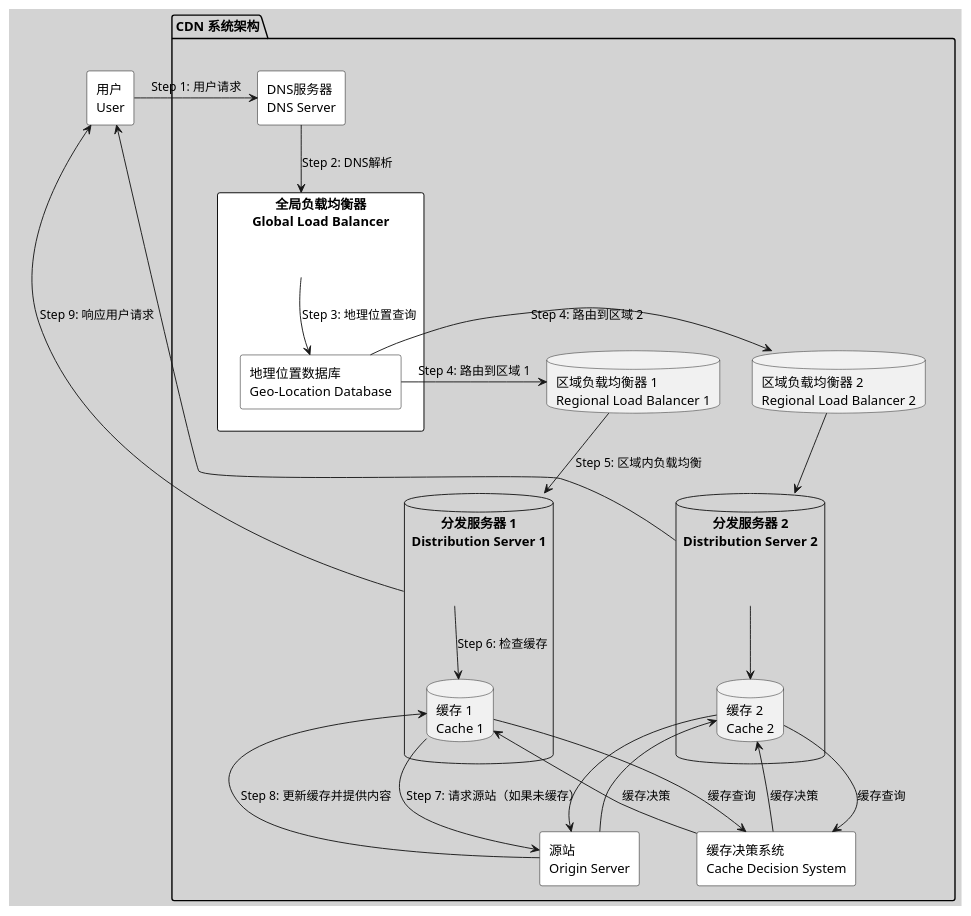
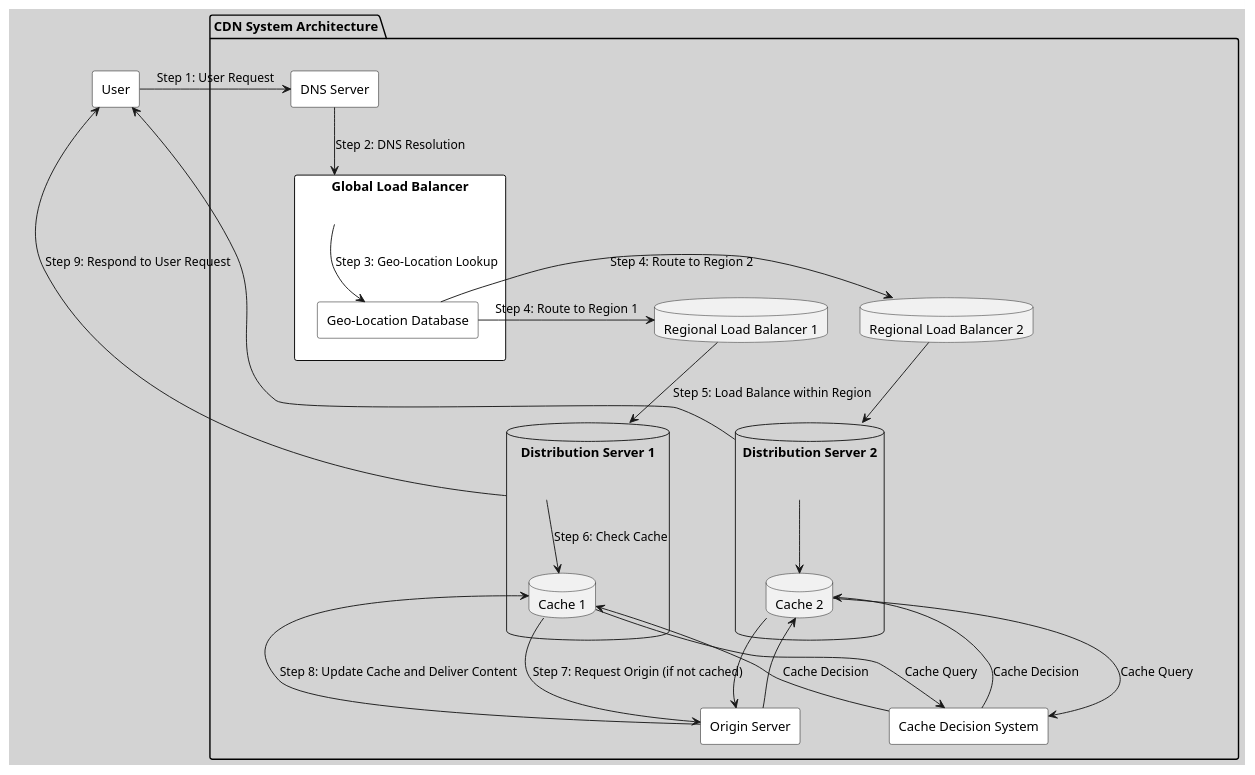
Before and after one commit to huangyingw/system_design: the diagram in architecture_diagrams/cdn_architecture_diagram.puml, drawn with PlantUML.

```diff
--- a/architecture_diagrams/cdn_architecture_diagram.puml
+++ b/architecture_diagrams/cdn_architecture_diagram.puml
@@ -1,53 +1,53 @@
 @startuml
 skinparam backgroundColor #D3D3D3
 skinparam rectangle {
   BackgroundColor White
   BorderColor Black
   Shadowing false
 }
 
-package "CDN 系统架构" {
-    RECTANGLE "源站\nOrigin Server" as Origin
+package "CDN System Architecture" {
+    RECTANGLE "Origin Server" as Origin
     
-    RECTANGLE "全局负载均衡器\nGlobal Load Balancer" as GLB {
-        RECTANGLE "地理位置数据库\nGeo-Location Database" as GeoDB
+    RECTANGLE "Global Load Balancer" as GLB {
+        RECTANGLE "Geo-Location Database" as GeoDB
     }
     
-    DATABASE "区域负载均衡器 1\nRegional Load Balancer 1" as RLB1
-    DATABASE "区域负载均衡器 2\nRegional Load Balancer 2" as RLB2
+    DATABASE "Regional Load Balancer 1" as RLB1
+    DATABASE "Regional Load Balancer 2" as RLB2
     
-    DATABASE "分发服务器 1\nDistribution Server 1" as DS1 {
-        DATABASE "缓存 1\nCache 1" as Cache1
+    DATABASE "Distribution Server 1" as DS1 {
+        DATABASE "Cache 1" as Cache1
     }
     
-    DATABASE "分发服务器 2\nDistribution Server 2" as DS2 {
-        DATABASE "缓存 2\nCache 2" as Cache2
+    DATABASE "Distribution Server 2" as DS2 {
+        DATABASE "Cache 2" as Cache2
     }
 
-    RECTANGLE "缓存决策系统\nCache Decision System" as CDS
-    RECTANGLE "DNS服务器\nDNS Server" as DNSServer
+    RECTANGLE "Cache Decision System" as CDS
+    RECTANGLE "DNS Server" as DNSServer
 
-    DNSServer -down-> GLB : "Step 2: DNS解析"
-    GLB -down-> GeoDB : "Step 3: 地理位置查询"
-    GeoDB -left-> RLB1 : "Step 4: 路由到区域 1"
-    GeoDB -right-> RLB2 : "Step 4: 路由到区域 2"
-    RLB1 -down-> DS1 : "Step 5: 区域内负载均衡"
+    DNSServer -down-> GLB : "Step 2: DNS Resolution"
+    GLB -down-> GeoDB : "Step 3: Geo-Location Lookup"
+    GeoDB -left-> RLB1 : "Step 4: Route to Region 1"
+    GeoDB -right-> RLB2 : "Step 4: Route to Region 2"
+    RLB1 -down-> DS1 : "Step 5: Load Balance within Region"
     RLB2 -down-> DS2
-    DS1 -down-> Cache1 : "Step 6: 检查缓存"
+    DS1 -down-> Cache1 : "Step 6: Check Cache"
     DS2 -down-> Cache2
-    Cache1 -left-> CDS : "缓存查询"
-    Cache2 -right-> CDS : "缓存查询"
-    CDS -up-> Cache1 : "缓存决策"
-    CDS -up-> Cache2 : "缓存决策"
-    Cache1 -down-> Origin : "Step 7: 请求源站（如果未缓存）"
+    Cache1 -left-> CDS : "Cache Query"
+    Cache2 -right-> CDS : "Cache Query"
+    CDS -up-> Cache1 : "Cache Decision"
+    CDS -up-> Cache2 : "Cache Decision"
+    Cache1 -down-> Origin : "Step 7: Request Origin (if not cached)"
     Cache2 -down-> Origin
-    Origin -up-> Cache1 : "Step 8: 更新缓存并提供内容"
+    Origin -up-> Cache1 : "Step 8: Update Cache and Deliver Content"
     Origin -up-> Cache2
 }
 
-RECTANGLE "用户\nUser" as User
-User -right-> DNSServer : "Step 1: 用户请求"
-DS1 -up-> User : "Step 9: 响应用户请求"
+RECTANGLE "User" as User
+User -right-> DNSServer : "Step 1: User Request"
+DS1 -up-> User : "Step 9: Respond to User Request"
 DS2 -up-> User
 
 @enduml
```
